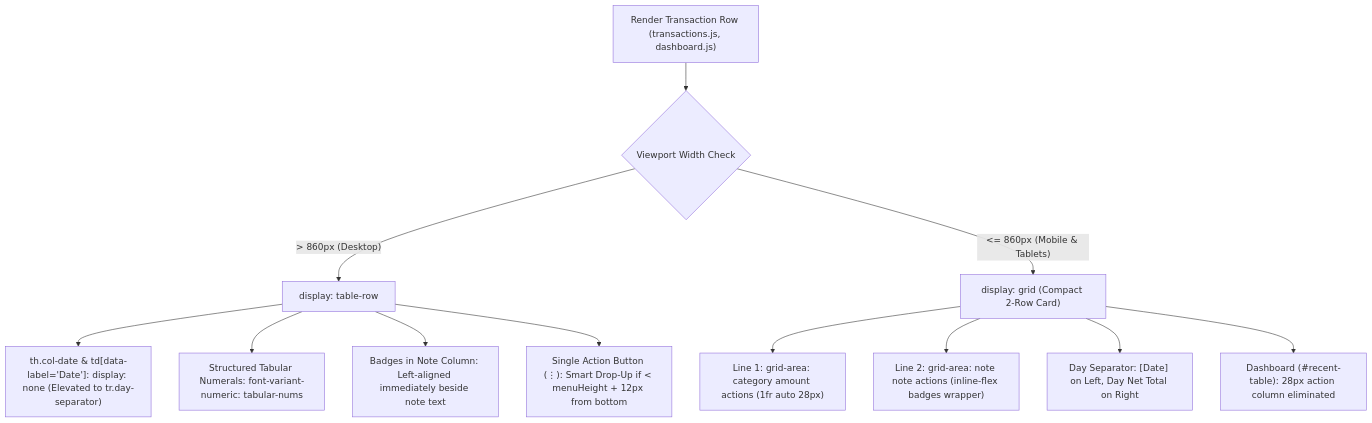
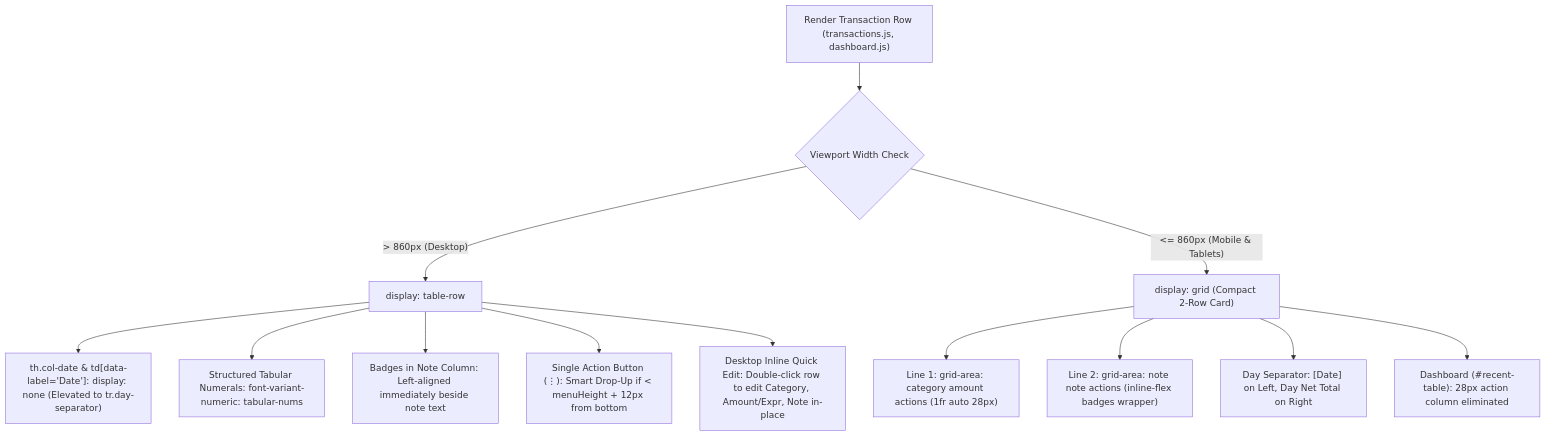
Before and after one commit to rakeshmalik91/spendbuddy: the first of 2 diagrams in docs/architecture/txn-table-ui.md, drawn with Mermaid. The commit also changed other lines of this file and 12 other files, not shown here.

Commit message:
feat: add desktop inline quick edit on row double click

````diff
--- a/docs/architecture/txn-table-ui.md
+++ b/docs/architecture/txn-table-ui.md
@@ -8,16 +8,17 @@
 ```mermaid
 flowchart TD
     A["Render Transaction Row (transactions.js, dashboard.js)"] --> B{Viewport Width Check}
     
     B -- "> 860px (Desktop)" --> C["display: table-row"]
     C --> C1["th.col-date & td[data-label='Date']: display: none (Elevated to tr.day-separator)"]
     C --> C2["Structured Tabular Numerals: font-variant-numeric: tabular-nums"]
     C --> C3["Badges in Note Column: Left-aligned immediately beside note text"]
     C --> C4["Single Action Button (⋮): Smart Drop-Up if < menuHeight + 12px from bottom"]
+    C --> C5["Desktop Inline Quick Edit: Double-click row to edit Category, Amount/Expr, Note in-place"]
     
     B -- "<= 860px (Mobile & Tablets)" --> D["display: grid (Compact 2-Row Card)"]
     D --> D1["Line 1: grid-area: category amount actions (1fr auto 28px)"]
     D --> D2["Line 2: grid-area: note note actions (inline-flex badges wrapper)"]
     D --> D3["Day Separator: [Date] on Left, Day Net Total on Right"]
     D --> D4["Dashboard (#recent-table): 28px action column eliminated"]
 ```
````
